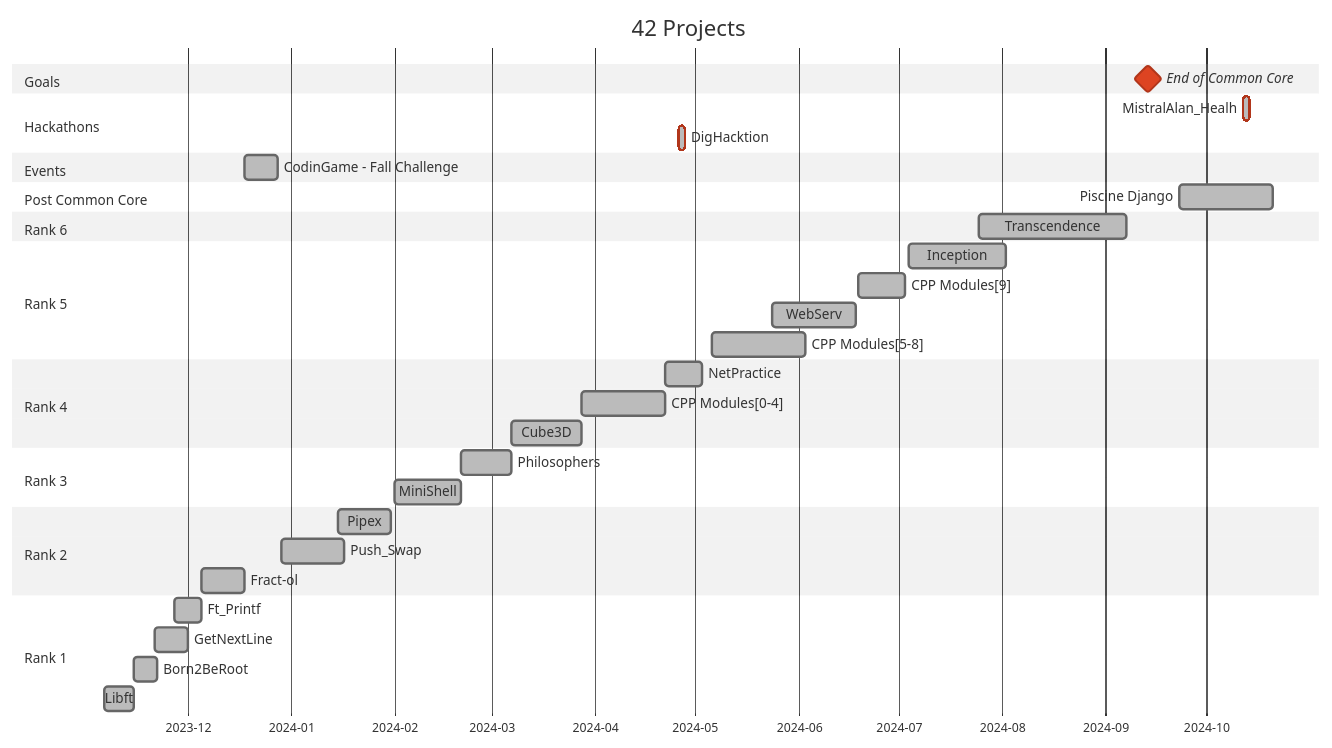
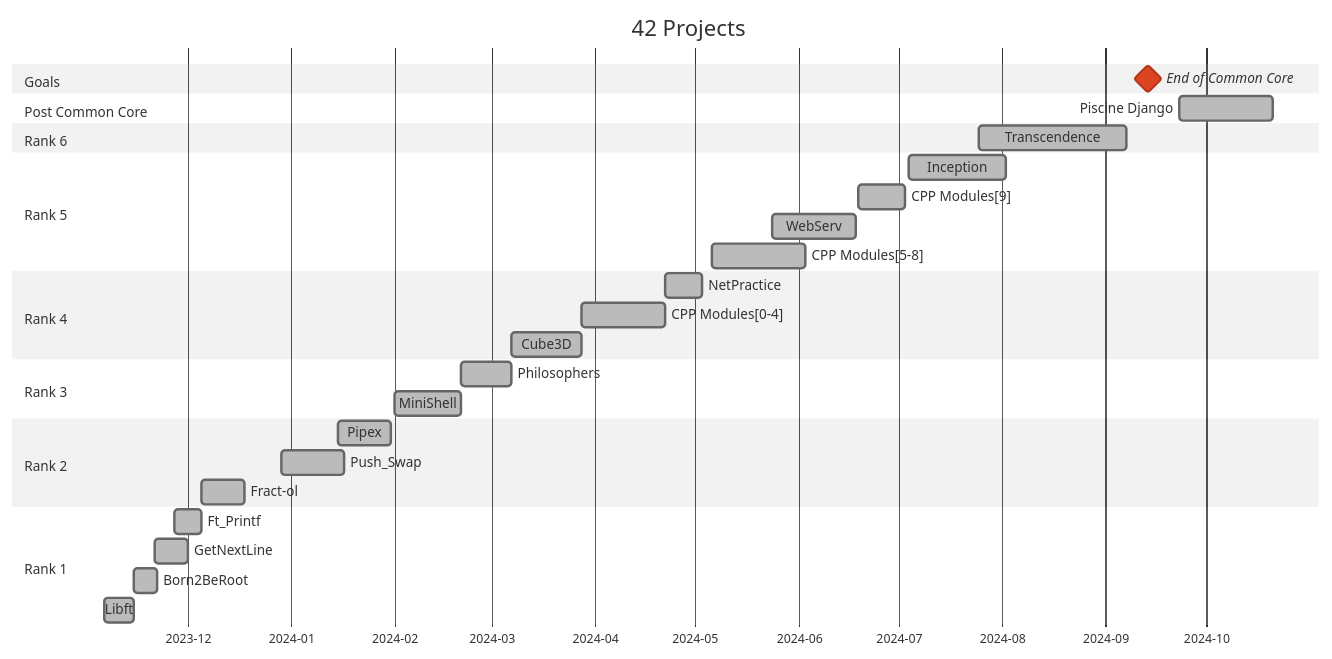
The first of 2 diagrams in README.md (Tablerase/42_Projects), drawn with Mermaid (neutral theme) before and after one commit. The commit also changed other lines of this file, not shown here.

Commit message:
refactor: split sides events, projects and cursus projects

````diff
--- a/README.md
+++ b/README.md
@@ -93,49 +93,43 @@
 ```mermaid
 gantt
     title 42 Projects
     dateFormat  YYYY-MM-DD
     axisFormat %Y-%m
     todayMarker on
 
     section Goals
     End of Common Core : milestone, crit, m1, 2024-09-07, 2024-09-20
 
-    section Hackathons
-    MistralAlan_Healh : crit, done, 2024-10-12, 2024-10-14
-    DigHacktion : crit, done, 2024-04-26, 2024-04-28
-
-    section Events
-    CodinGame - Fall Challenge : done, 2023-12-18, 2023-12-28
 
     section Post Common Core
     Piscine Django : done, 2024-09-23, 4w
 
     section Rank 6
     Transcendence : done, 2024-07-25, 2024-09-07
 
     section Rank 5
     Inception : done, 2024-07-04, 2024-08-02
     CPP Modules[9] : done, 2024-06-19, 2024-07-03
     WebServ : done, 2024-05-24, 2024-06-18
     CPP Modules[5-8] : done, 2024-05-06, 4w
 
     section Rank 4
     NetPractice : done, 2024-04-22, 2024-05-03
     CPP Modules[0-4] : done, 2024-03-28, 2024-04-22
     Cube3D :done, 2024-03-07, 2024-03-28
   
     section Rank 3
     Philosophers :done, 2024-02-21, 2024-03-07
     MiniShell :done, 2024-02-01, 2024-02-21
 
     section Rank 2
     Pipex :done, 2024-01-15, 2024-01-31
     Push_Swap :done, 2023-12-29, 2024-01-17
     Fract-ol :done, 2023-12-05, 2023-12-18
 
     section Rank 1
     Ft_Printf :done, 2023-11-27, 2023-12-05
     GetNextLine :done, 2023-11-21, 2023-12-01
     Born2BeRoot :done, 2023-11-15, 2023-11-22
     Libft :done, 2023-11-06, 2023-11-15
 ```
````
